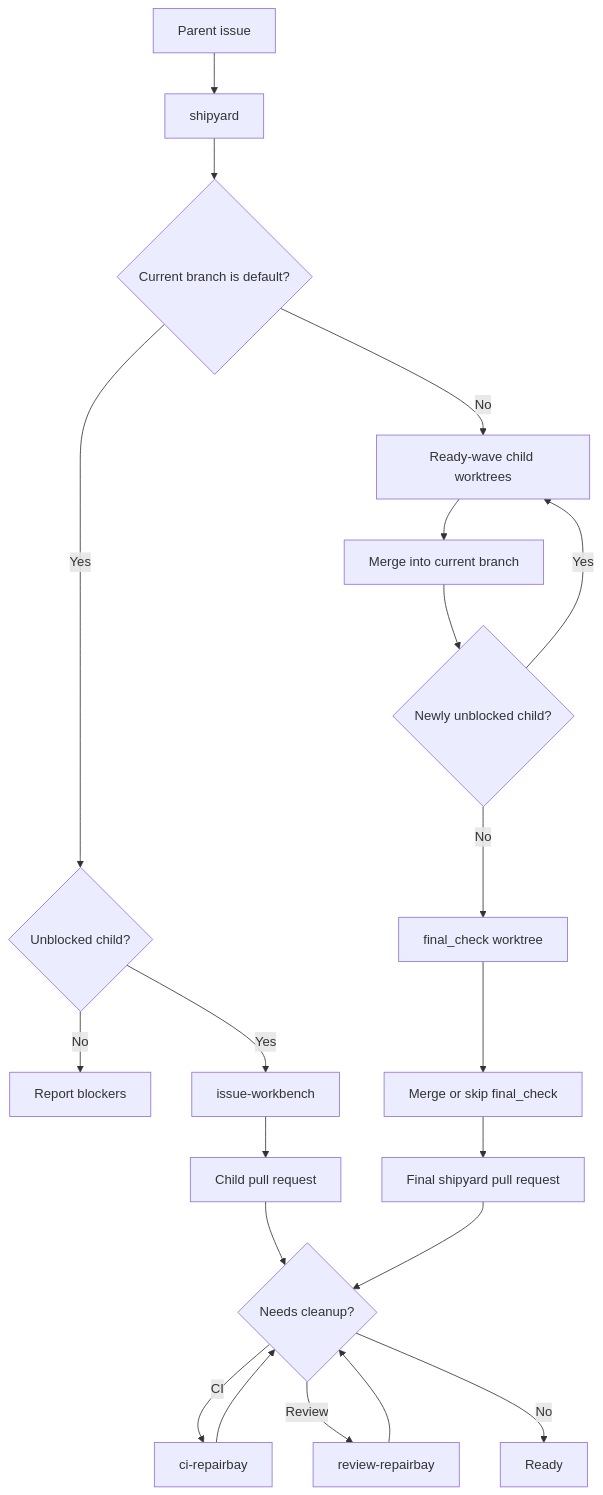
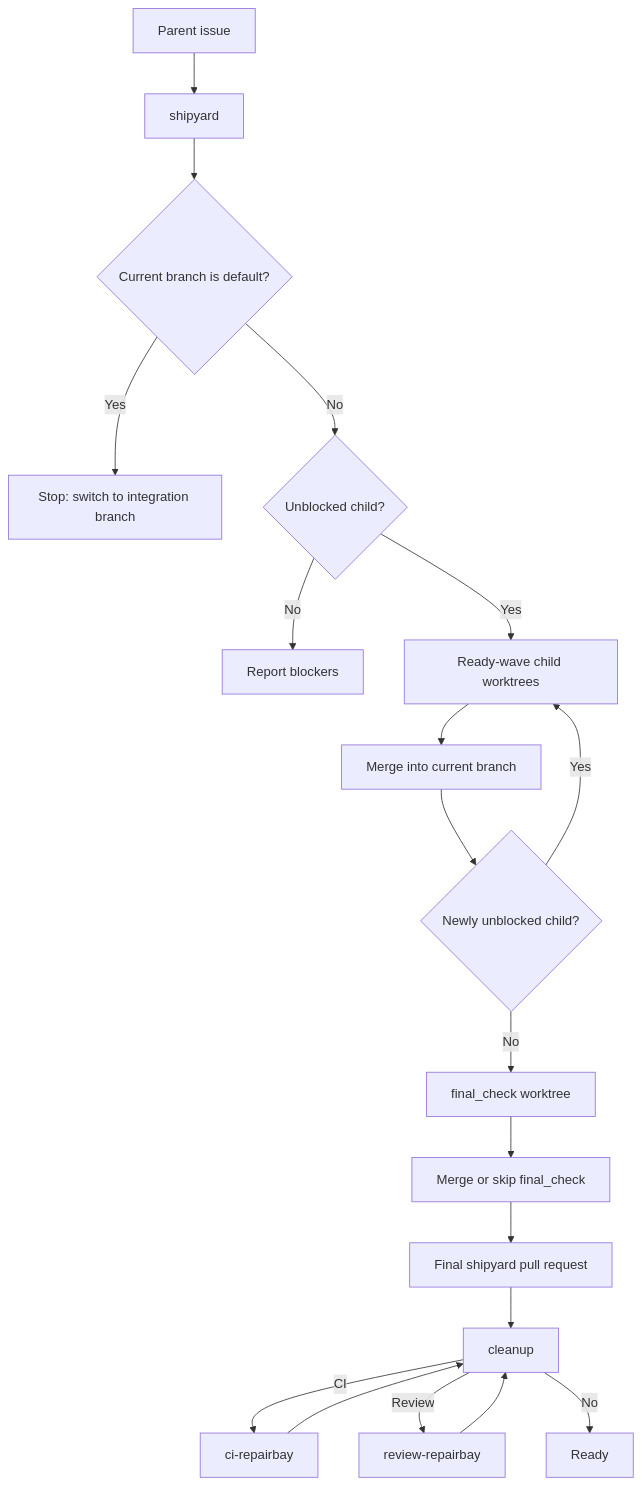
The fourth of 5 diagrams in README.md (HenryQW/skills), drawn with Mermaid before and after one commit. The commit also changed other lines of this file and 3 other files, not shown here.

Commit message:
feat(shipyard): require integration branch execution

````diff
--- a/README.md
+++ b/README.md
@@ -95,23 +87,21 @@
 ```mermaid
 flowchart TD
   parent["Parent issue"] --> shipyard["shipyard"]
   shipyard --> mode{"Current branch is default?"}
-  mode -->|Yes| ready{"Unblocked child?"}
+  mode -->|Yes| default_stop["Stop: switch to integration branch"]
+  mode -->|No| ready{"Unblocked child?"}
   ready -->|No| blocked["Report blockers"]
-  ready -->|Yes| workbench["issue-workbench"]
-  workbench --> child_pr["Child pull request"]
-  mode -->|No| worktrees["Ready-wave child worktrees"]
+  ready -->|Yes| worktrees["Ready-wave child worktrees"]
   worktrees --> integrate["Merge into current branch"]
   integrate --> recheck{"Newly unblocked child?"}
   recheck -->|Yes| worktrees
   recheck -->|No| final_branch["final_check worktree"]
   final_branch --> final_merge["Merge or skip final_check"]
   final_merge --> final_pr["Final shipyard pull request"]
-  child_pr --> cleanup{"Needs cleanup?"}
   final_pr --> cleanup
   cleanup -->|CI| ci_repair["ci-repairbay"]
   cleanup -->|Review| review_repair["review-repairbay"]
   cleanup -->|No| done["Ready"]
   ci_repair --> cleanup
   review_repair --> cleanup
 ```
````
